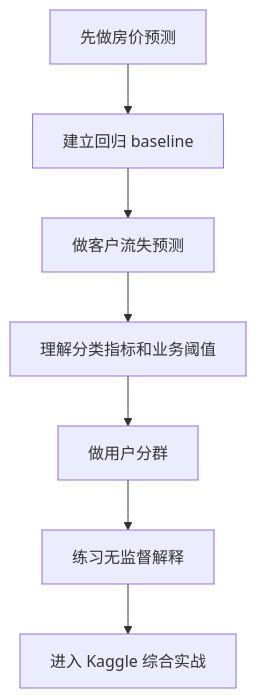
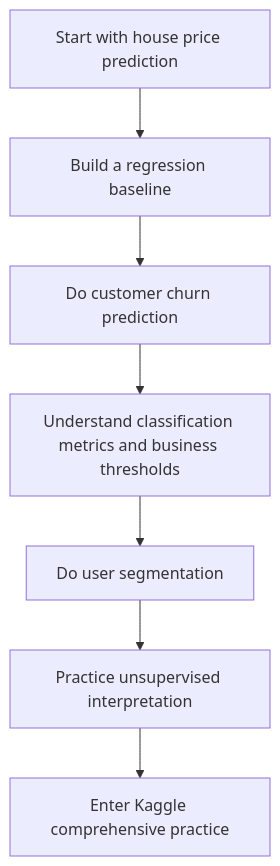
The first of 2 diagrams in docs/ch05-machine-learning/ch06-projects/00-roadmap.md (oudbiao/AI-fullstack-course), drawn with Mermaid before and after one commit. The commit also changed other lines of this file and 1406 other files, not shown here.

````diff
--- a/docs/ch05-machine-learning/ch06-projects/00-roadmap.md
+++ b/docs/ch05-machine-learning/ch06-projects/00-roadmap.md
@@ -32,9 +32,9 @@
 ```mermaid
 flowchart TD
-  A[先做房价预测] --> B[建立回归 baseline]
-  B --> C[做客户流失预测]
-  C --> D[理解分类指标和业务阈值]
-  D --> E[做用户分群]
-  E --> F[练习无监督解释]
-  F --> G[进入 Kaggle 综合实战]
+  A[Start with house price prediction] --> B[Build a regression baseline]
+  B --> C[Do customer churn prediction]
+  C --> D[Understand classification metrics and business thresholds]
+  D --> E[Do user segmentation]
+  E --> F[Practice unsupervised interpretation]
+  F --> G[Enter Kaggle comprehensive practice]
 ```
````
